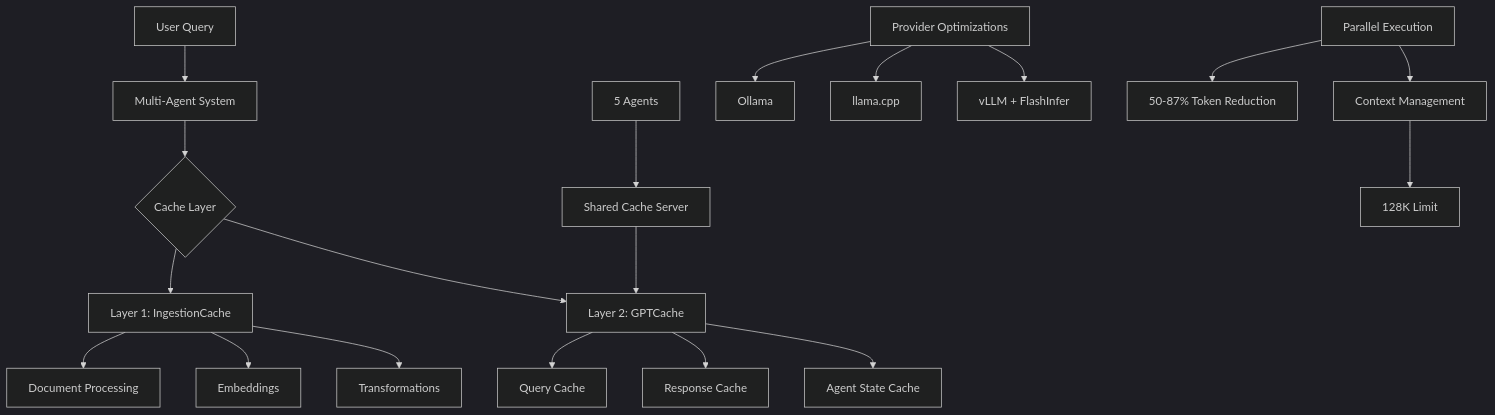
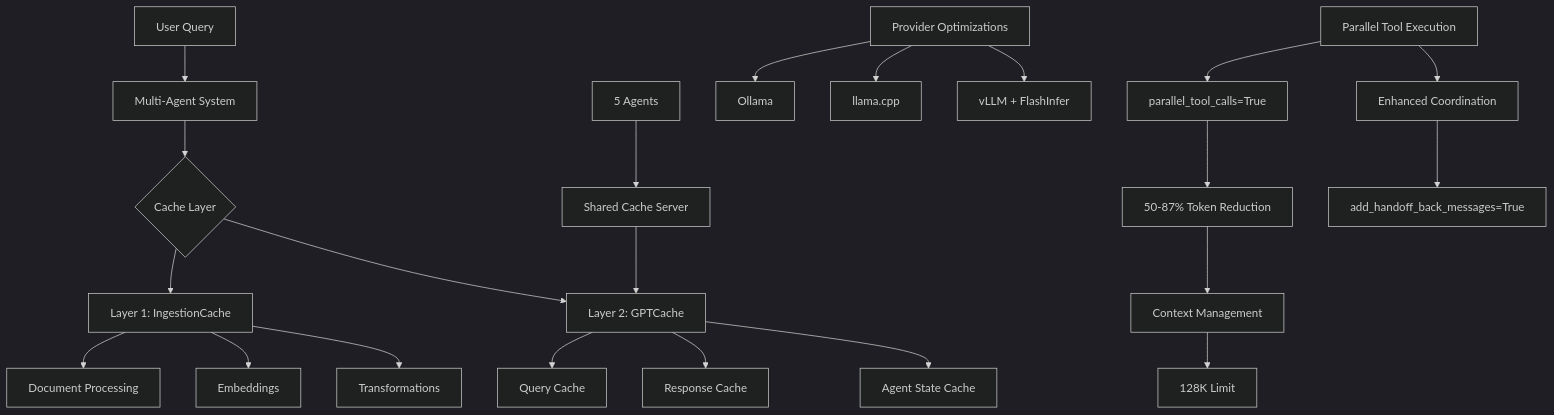
Before and after one commit to BjornMelin/docmind-ai-llm: the diagram in docs/adrs/ADR-010-performance-optimization-strategy.md, drawn with Mermaid (dark theme). The commit also changed other lines of this file and 35 other files, not shown here.

````diff
--- a/docs/adrs/ADR-010-performance-optimization-strategy.md
+++ b/docs/adrs/ADR-010-performance-optimization-strategy.md
@@ -115,27 +116,30 @@
 ```mermaid
 graph TD
     A[User Query] --> B[Multi-Agent System]
     B --> C{Cache Layer}
     
     C --> D[Layer 1: IngestionCache]
     C --> E[Layer 2: GPTCache]
     
     D --> F[Document Processing]
     D --> G[Embeddings]
     D --> H[Transformations]
     
     E --> I[Query Cache]
     E --> J[Response Cache]
     E --> K[Agent State Cache]
     
     L[5 Agents] --> M[Shared Cache Server]
     M --> E
     
     N[Provider Optimizations] --> O[Ollama]
     N --> P[llama.cpp]
     N --> Q[vLLM + FlashInfer]
     
-    R[Parallel Execution] --> S[50-87% Token Reduction]
-    R --> T[Context Management]
-    T --> U[128K Limit]
+    R[Parallel Tool Execution] --> S[parallel_tool_calls=True]
+    S --> T[50-87% Token Reduction]
+    R --> U[Enhanced Coordination]
+    U --> V[add_handoff_back_messages=True]
+    T --> W[Context Management]
+    W --> X[128K Limit]
 ```
````
